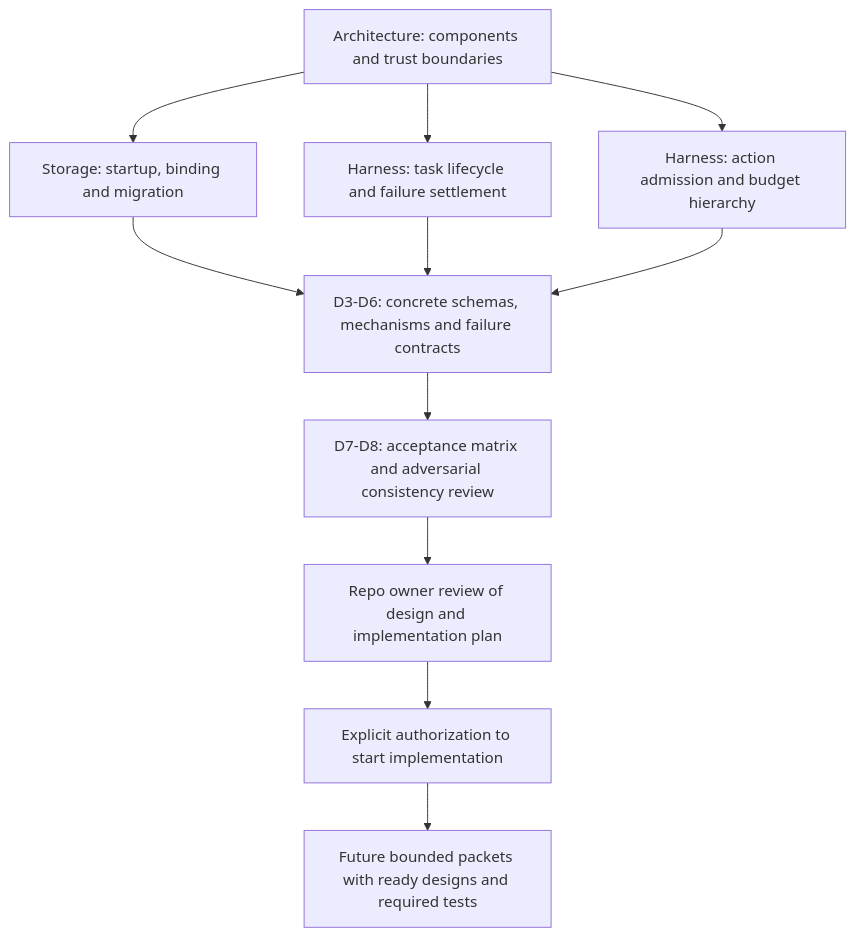
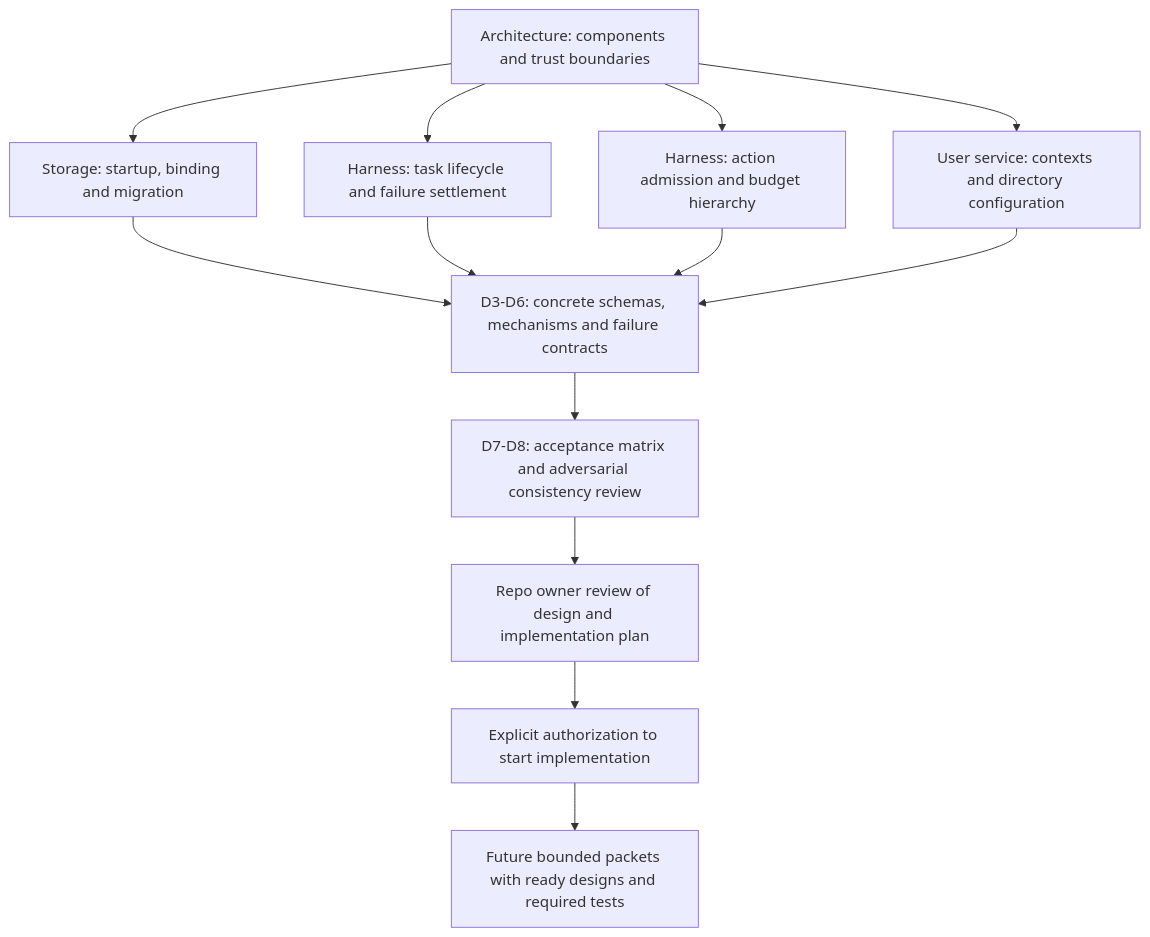
One commit to pidster/asura changed the diagram in docs/decisions/README.md. Above: the diagram before and after it, drawn with Mermaid. The commit also changed other lines of this file and 11 other files, not shown here.

Commit message:
Define per-user service and hierarchical configuration design

````diff
--- a/docs/decisions/README.md
+++ b/docs/decisions/README.md
@@ -30,13 +49,15 @@
 ```mermaid
 flowchart TD
     A["Architecture: components and trust boundaries"] --> S["Storage: startup, binding and migration"]
     A --> L["Harness: task lifecycle and failure settlement"]
     A --> B["Harness: action admission and budget hierarchy"]
+    A --> C["User service: contexts and directory configuration"]
     S --> D["D3-D6: concrete schemas, mechanisms and failure contracts"]
     L --> D
     B --> D
+    C --> D
     D --> V["D7-D8: acceptance matrix and adversarial consistency review"]
     V --> Review["Repo owner review of design and implementation plan"]
     Review --> Authorize["Explicit authorization to start implementation"]
     Authorize --> Packet["Future bounded packets with ready designs and required tests"]
 ```
````
